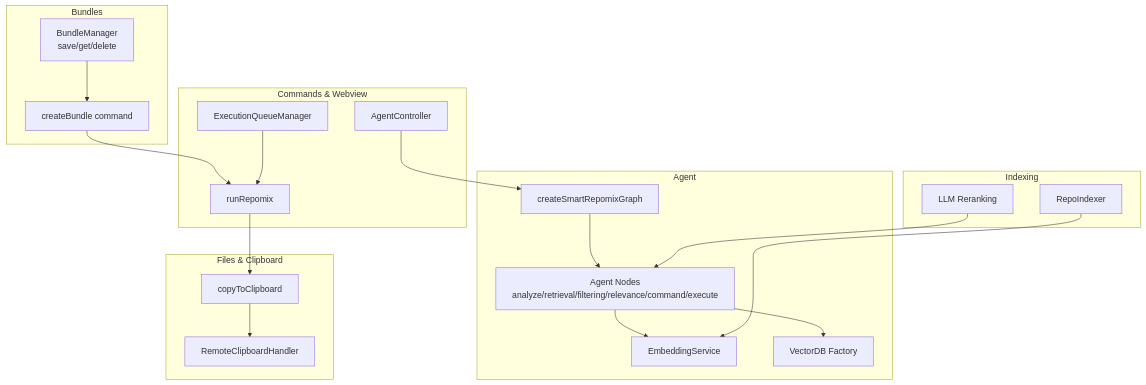
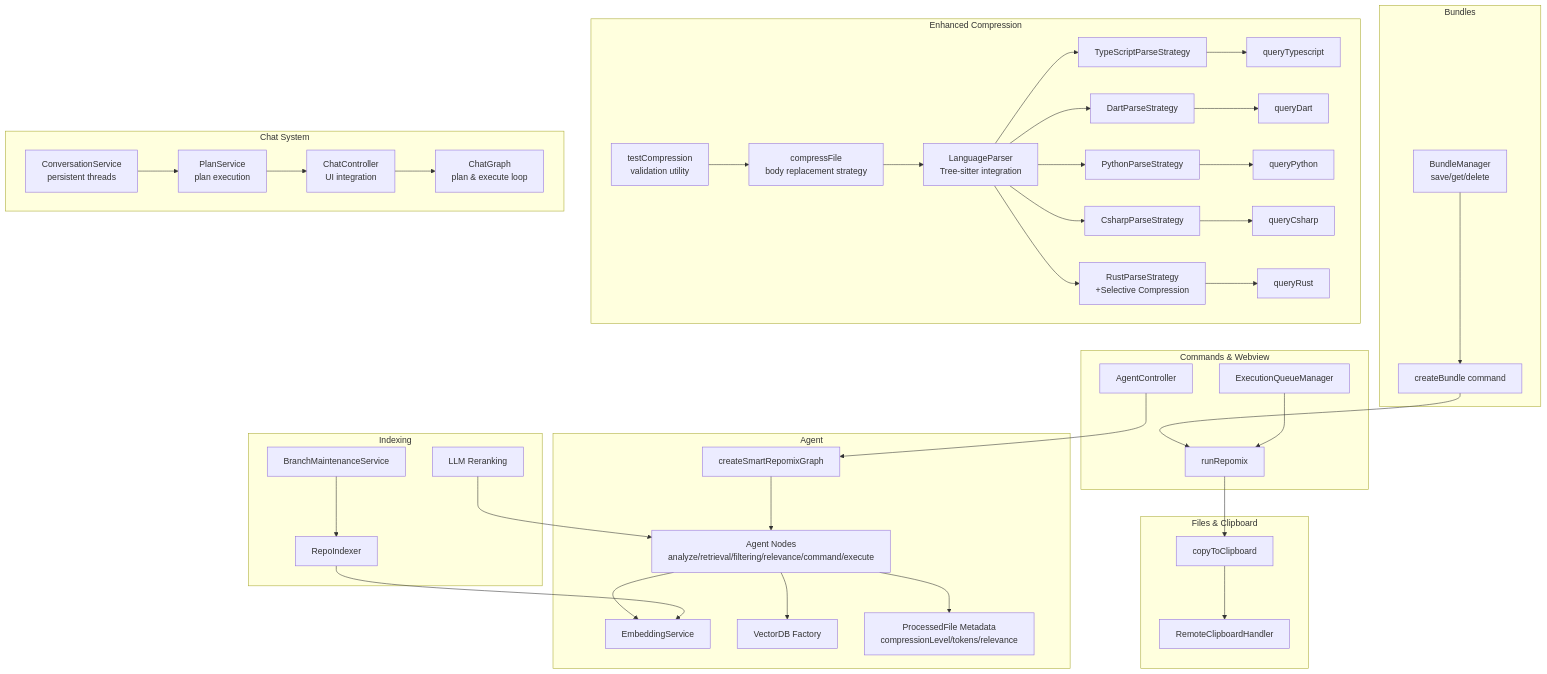
The first of 9 diagrams in .qoder/repowiki/en/content/Core Features/Core Features.md (bramburn/repomix-runner), drawn with Mermaid before and after one commit. The commit also changed other lines of this file and 19 other files, not shown here.

````diff
--- a/.qoder/repowiki/en/content/Core Features/Core Features.md
+++ b/.qoder/repowiki/en/content/Core Features/Core Features.md
@@ -48,37 +86,77 @@
 ```mermaid
 graph TB
 subgraph "Bundles"
 BM["BundleManager<br/>save/get/delete"]
 CB["createBundle command"]
 end
 subgraph "Agent"
 GR["createSmartRepomixGraph"]
 ND["Agent Nodes<br/>analyze/retrieval/filtering/relevance/command/execute"]
 EMB["EmbeddingService"]
 VDF["VectorDB Factory"]
+PF["ProcessedFile Metadata<br/>compressionLevel/tokens/relevance"]
 end
 subgraph "Indexing"
 RI["RepoIndexer"]
 LLMR["LLM Reranking"]
+BMS["BranchMaintenanceService"]
+end
+subgraph "Enhanced Compression"
+CF["compressFile<br/>body replacement strategy"]
+LP["LanguageParser<br/>Tree-sitter integration"]
+TPS["TypeScriptParseStrategy"]
+DPS["DartParseStrategy"]
+PPS["PythonParseStrategy"]
+CSP["CsharpParseStrategy"]
+RPS["RustParseStrategy<br/>+Selective Compression"]
+QT["queryTypescript"]
+QD["queryDart"]
+QP["queryPython"]
+QC["queryCsharp"]
+QR["queryRust"]
+TC["testCompression<br/>validation utility"]
+end
+subgraph "Chat System"
+CS["ConversationService<br/>persistent threads"]
+PC["PlanService<br/>plan execution"]
+CC["ChatController<br/>UI integration"]
+CG["ChatGraph<br/>plan & execute loop"]
 end
 subgraph "Files & Clipboard"
 CT["copyToClipboard"]
 RCH["RemoteClipboardHandler"]
 end
 subgraph "Commands & Webview"
 RR["runRepomix"]
 EQM["ExecutionQueueManager"]
 AC["AgentController"]
 end
 BM --> CB
 CB --> RR
 RR --> CT
 AC --> GR
 GR --> ND
+ND --> PF
 ND --> EMB
 ND --> VDF
 RI --> EMB
 LLMR --> ND
+BMS --> RI
+CF --> LP
+LP --> TPS
+LP --> DPS
+LP --> PPS
+LP --> CSP
+LP --> RPS
+TPS --> QT
+DPS --> QD
+PPS --> QP
+CSP --> QC
+RPS --> QR
+TC --> CF
+CS --> PC
+PC --> CC
+CC --> CG
 CT --> RCH
 EQM --> RR
 ```
````
